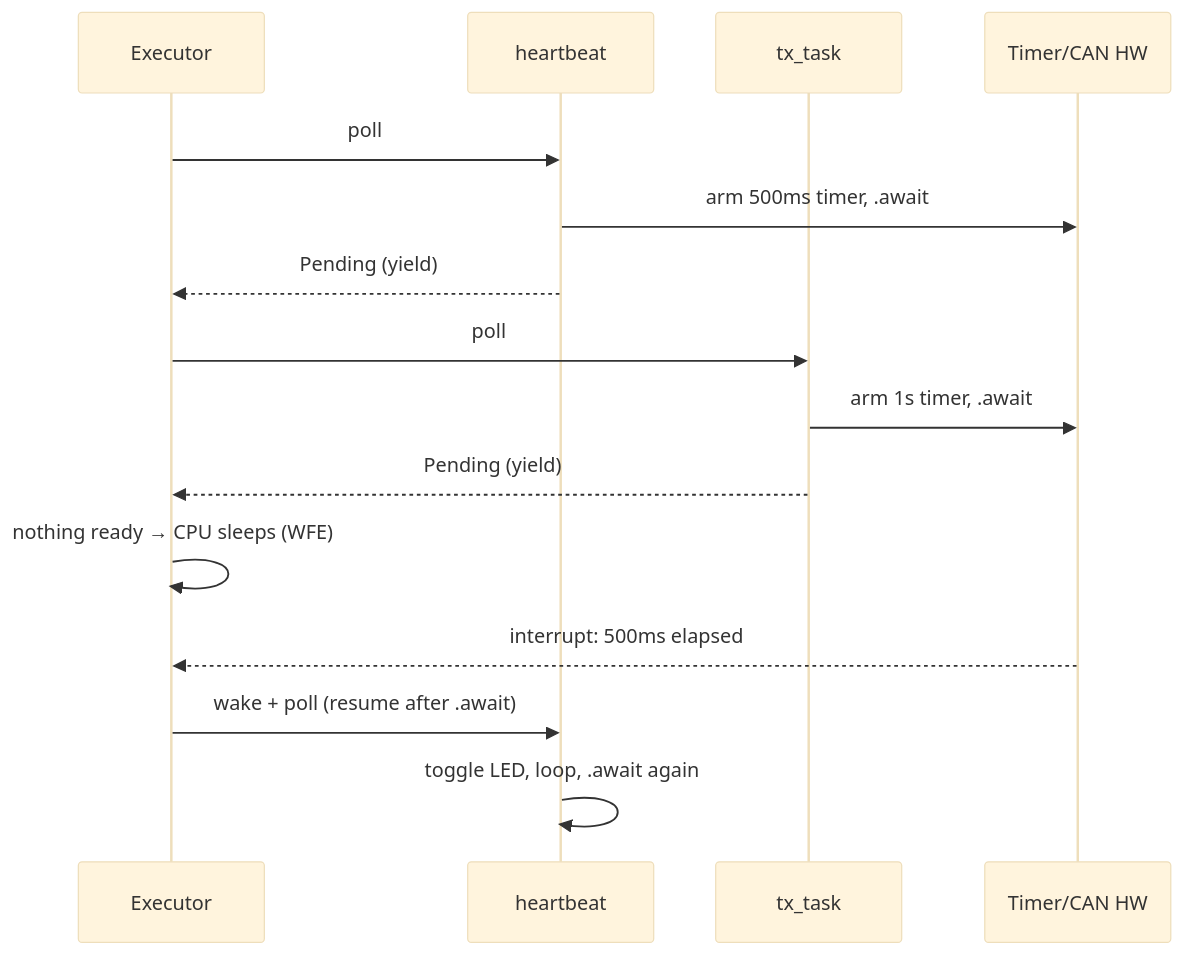
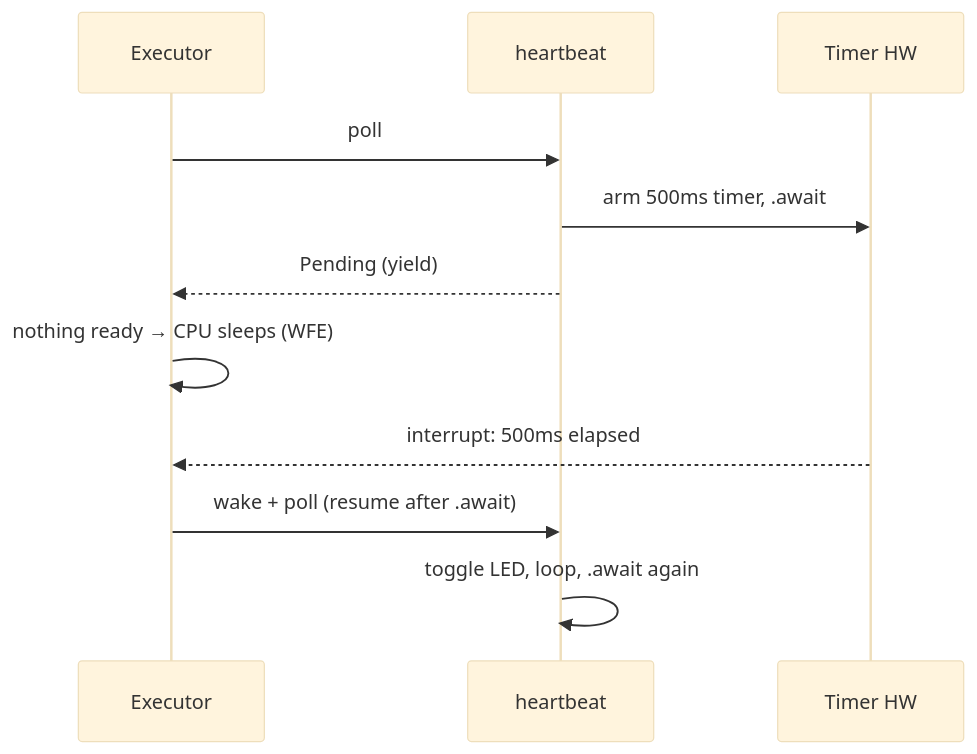
One commit to noherczeg/rt-learn changed the first of 2 diagrams in docs/04-async-and-embassy.md. Above: the diagram before and after it, drawn with Mermaid (base theme). The commit also changed other lines of this file and 17 other files, not shown here.

````diff
--- a/docs/04-async-and-embassy.md
+++ b/docs/04-async-and-embassy.md
@@ -88,17 +88,13 @@
 ```mermaid
 sequenceDiagram
     participant E as Executor
     participant HB as heartbeat
-    participant TX as tx_task
-    participant HW as Timer/CAN HW
+    participant HW as Timer HW
     E->>HB: poll
     HB->>HW: arm 500ms timer, .await
     HB-->>E: Pending (yield)
-    E->>TX: poll
-    TX->>HW: arm 1s timer, .await
-    TX-->>E: Pending (yield)
     E->>E: nothing ready → CPU sleeps (WFE)
     HW-->>E: interrupt: 500ms elapsed
     E->>HB: wake + poll (resume after .await)
     HB->>HB: toggle LED, loop, .await again
 ```
````
